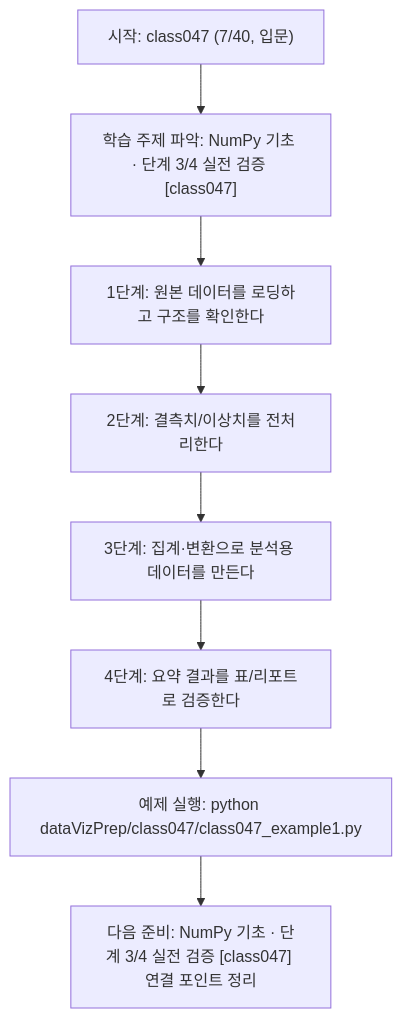
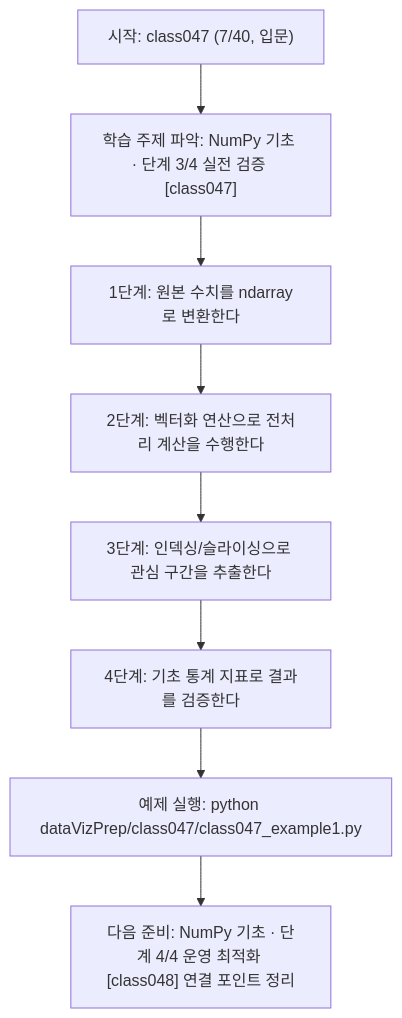
The diagram in dataVizPrep/class047/class047.md (edumgt/Python-AI_Agent-Class), drawn with Mermaid before and after one commit. The commit also changed other lines of this file and 283 other files, not shown here.

````diff
--- a/dataVizPrep/class047/class047.md
+++ b/dataVizPrep/class047/class047.md
@@ -110,18 +92,18 @@
 ```mermaid
 flowchart TD
 N1["시작: class047 (7/40, 입문)"]
 N2["학습 주제 파악: NumPy 기초 · 단계 3/4 실전 검증 [class047]"]
-N3["1단계: 원본 데이터를 로딩하고 구조를 확인한다"]
-N4["2단계: 결측치/이상치를 전처리한다"]
-N5["3단계: 집계·변환으로 분석용 데이터를 만든다"]
-N6["4단계: 요약 결과를 표/리포트로 검증한다"]
+N3["1단계: 원본 수치를 ndarray로 변환한다"]
+N4["2단계: 벡터화 연산으로 전처리 계산을 수행한다"]
+N5["3단계: 인덱싱/슬라이싱으로 관심 구간을 추출한다"]
+N6["4단계: 기초 통계 지표로 결과를 검증한다"]
 N7["예제 실행: python dataVizPrep/class047/class047_example1.py"]
-N8["다음 준비: NumPy 기초 · 단계 3/4 실전 검증 [class047] 연결 포인트 정리"]
+N8["다음 준비: NumPy 기초 · 단계 4/4 운영 최적화 [class048] 연결 포인트 정리"]
 N1 --> N2
 N2 --> N3
 N3 --> N4
 N4 --> N5
 N5 --> N6
 N6 --> N7
 N7 --> N8
 ```
````
